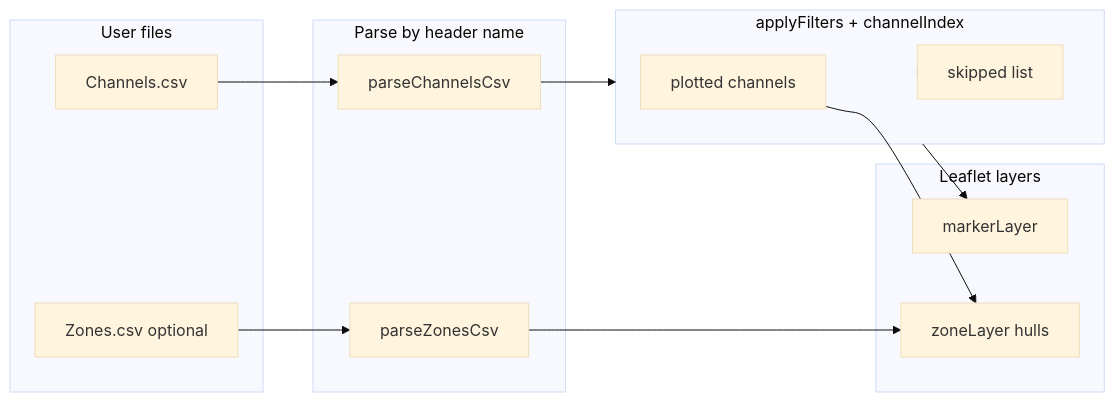
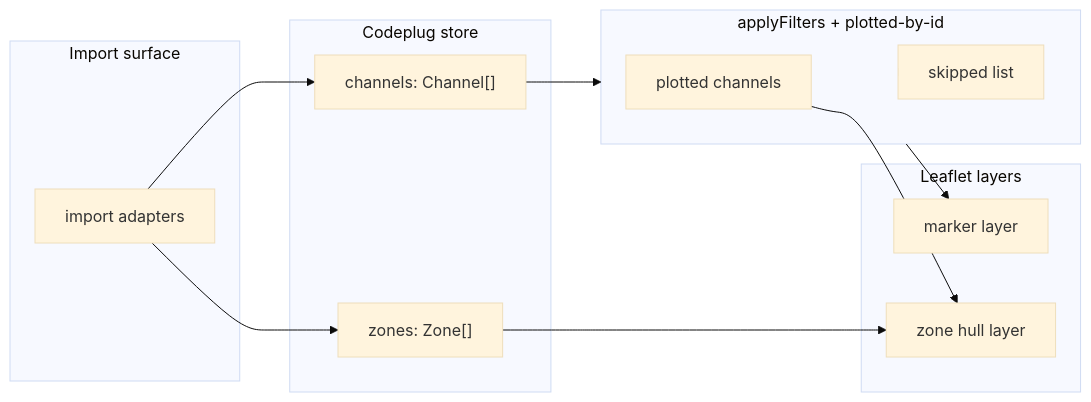
The diagram in docs/features/map/README.md (pskillen/codeplug-tool), drawn with Mermaid (base theme) before and after one commit. The commit also changed other lines of this file and 2 other files, not shown here.

Commit message:
docs(map): reframe map feature docs around the internal model
Map docs described Channels.csv/Zones.csv parsing and stale anchors
(parseChannelsCsv, name-keyed channelIndex, ChannelMap.tsx). The map
consumes Channel[]/Zone[] from the codeplug store; CSV lives only at the
import/export surface. Rewrite channels.md, zones.md, and the hub README
to document the model fields, fixed filters, and current code anchors.

````diff
--- a/docs/features/map/README.md
+++ b/docs/features/map/README.md
@@ -44,25 +47,25 @@
 ```mermaid
 flowchart LR
-  subgraph inputs [User files]
-    CH[Channels.csv]
-    ZN[Zones.csv optional]
+  subgraph importSurface [Import surface]
+    IMP[import adapters]
   end
-  subgraph parse [Parse by header name]
-    PC[parseChannelsCsv]
-    PZ[parseZonesCsv]
+  subgraph store [Codeplug store]
+    CHM["channels: Channel[]"]
+    ZNM["zones: Zone[]"]
   end
-  subgraph filter [applyFilters + channelIndex]
+  subgraph filter [applyFilters + plotted-by-id]
     PL[plotted channels]
     SK[skipped list]
   end
   subgraph layers [Leaflet layers]
-    MK[markerLayer]
-    ZL[zoneLayer hulls]
+    MK[marker layer]
+    ZL[zone hull layer]
   end
-  CH --> PC --> filter
+  IMP --> CHM
+  IMP --> ZNM
+  CHM --> filter
   filter --> MK
-  ZN --> PZ
-  PZ --> ZL
+  filter --> SK
   PL --> ZL
-  filter --> SK
+  ZNM --> ZL
 ```
````
